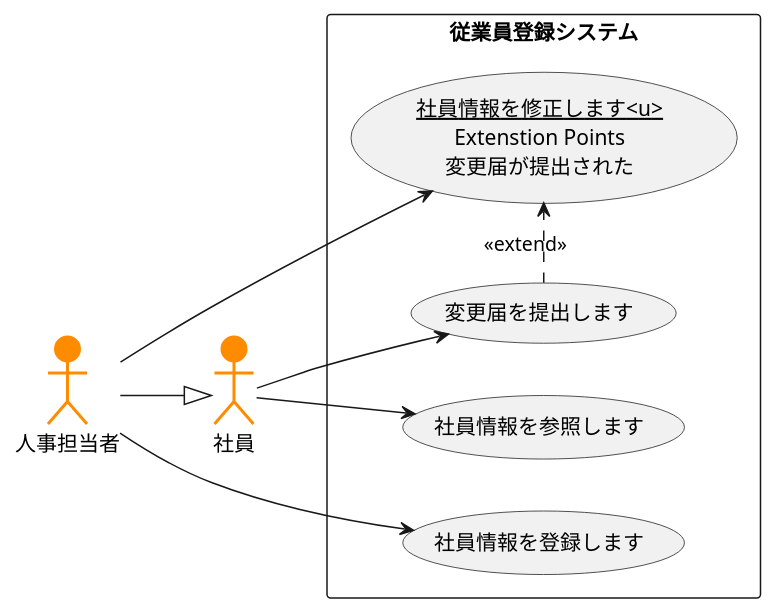
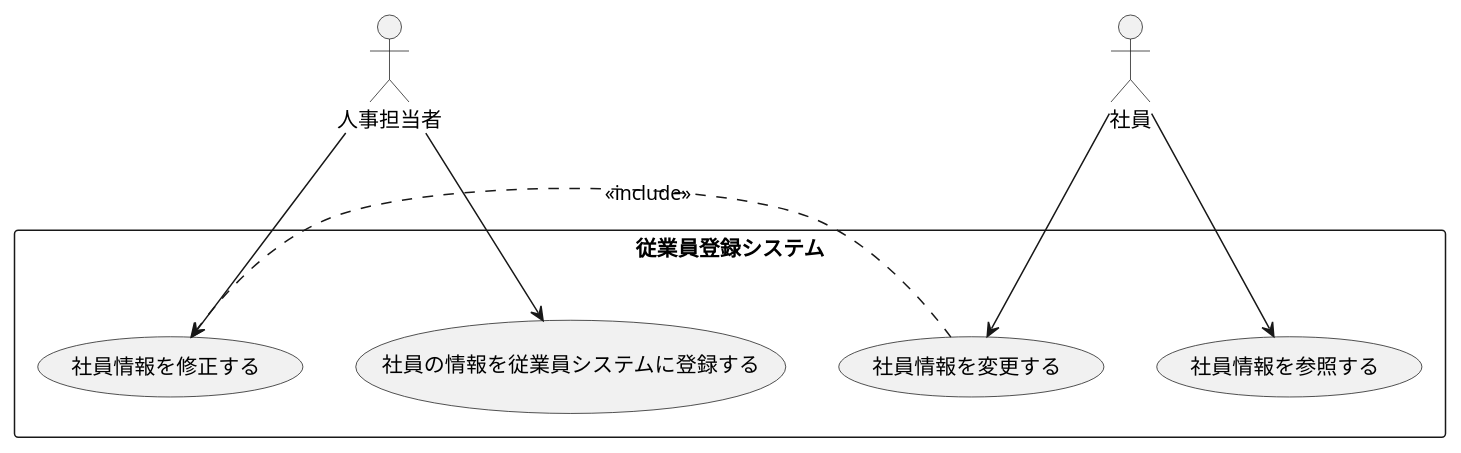
Before and after one commit to itchita/uml-introduction: the diagram in 演習2-6_盛岡システム_従業員登録システム.pu, drawn with PlantUML. The commit also changed 1 other file, not shown here.

```diff
--- a/演習2-6_盛岡システム_従業員登録システム.pu
+++ b/演習2-6_盛岡システム_従業員登録システム.pu
@@ -1,17 +1,15 @@
 @startuml ユースケース図
-left to right direction
-actor 人事担当者 #ff8c00;line:Darkorange;line.bold;
-actor 社員 #ff8c00;line:Darkorange;line.bold;
+actor 人事担当者
+actor 社員
 rectangle 従業員登録システム{
-usecase (<u>社員情報を修正します<u>\nExtenstion Points\n変更届が提出された) as input
-usecase 社員情報を登録します
-usecase 社員情報を参照します
-usecase 変更届を提出します
+    usecase 社員の情報を従業員システムに登録する
+    usecase 社員情報を参照する
+    usecase 社員情報を変更する
+    usecase 社員情報を修正する
 }
-社員 --> 社員情報を参照します
-社員 --> 変更届を提出します
-人事担当者--> input
-人事担当者 --> 社員情報を登録します
-人事担当者 --|> 社員
-変更届を提出します .> input: <<extend>>
+人事担当者-->社員の情報を従業員システムに登録する
+人事担当者-->社員情報を修正する
+社員-->社員情報を参照する
+社員-->社員情報を変更する
+社員情報を変更する.>社員情報を修正する:<<include>>
 @enduml
```
